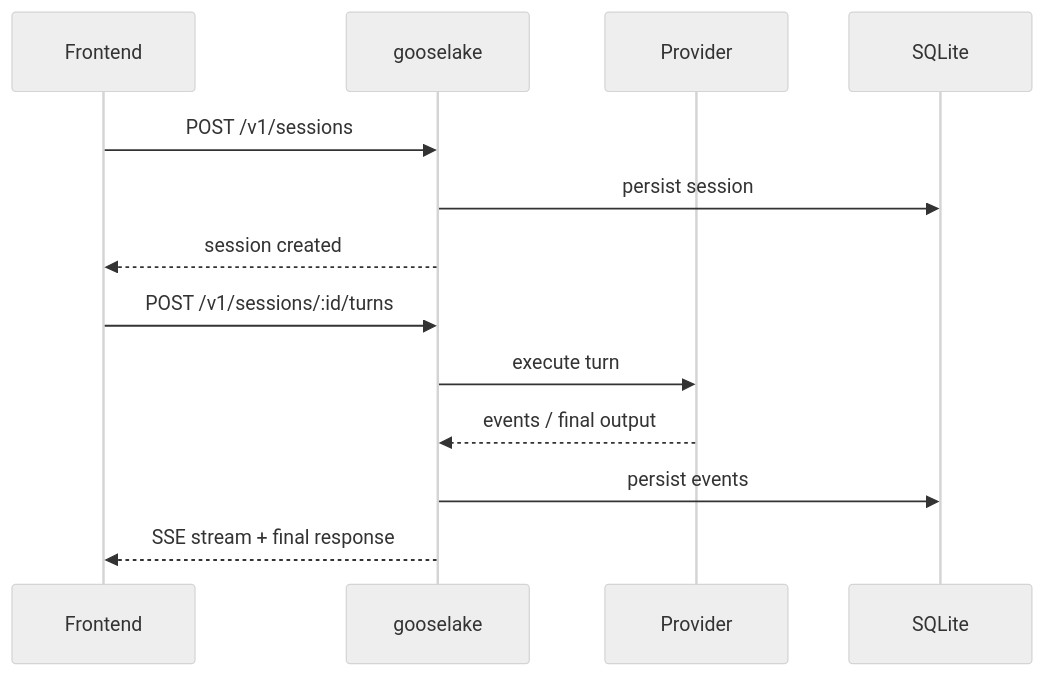
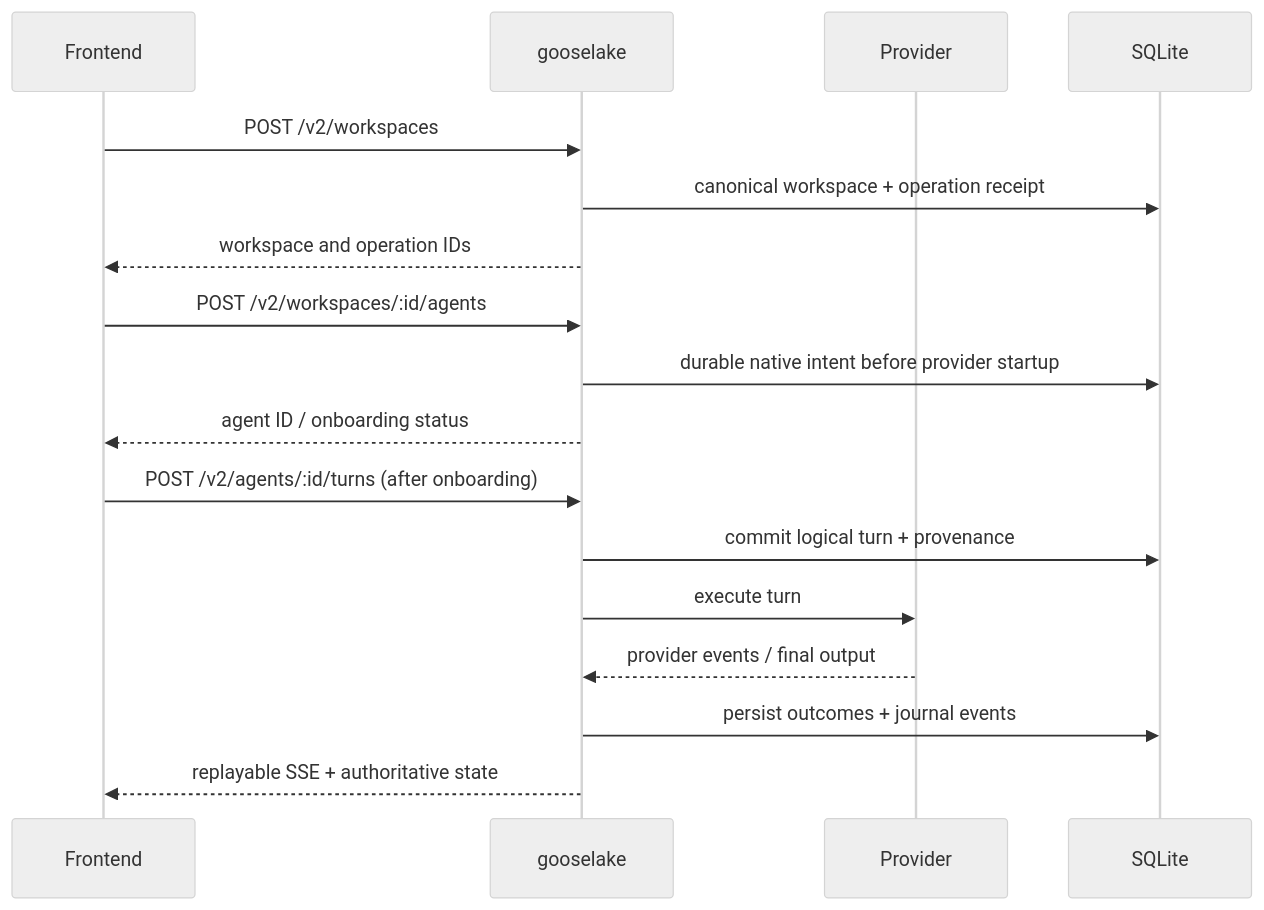
Before and after one commit to amxv/gooselake: the sixth of 6 diagrams in README.md, drawn with Mermaid (neutral theme). The commit also changed other lines of this file and 13 other files, not shown here.

````diff
--- a/README.md
+++ b/README.md
@@ -457,16 +495,20 @@
 ```mermaid
 sequenceDiagram
   participant UI as Frontend
   participant RT as gooselake
   participant P as Provider
   participant DB as SQLite
 
-  UI->>RT: POST /v1/sessions
-  RT->>DB: persist session
-  RT-->>UI: session created
-  UI->>RT: POST /v1/sessions/:id/turns
+  UI->>RT: POST /v2/workspaces
+  RT->>DB: canonical workspace + operation receipt
+  RT-->>UI: workspace and operation IDs
+  UI->>RT: POST /v2/workspaces/:id/agents
+  RT->>DB: durable native intent before provider startup
+  RT-->>UI: agent ID / onboarding status
+  UI->>RT: POST /v2/agents/:id/turns (after onboarding)
+  RT->>DB: commit logical turn + provenance
   RT->>P: execute turn
-  P-->>RT: events / final output
-  RT->>DB: persist events
-  RT-->>UI: SSE stream + final response
+  P-->>RT: provider events / final output
+  RT->>DB: persist outcomes + journal events
+  RT-->>UI: replayable SSE + authoritative state
 ```
````
